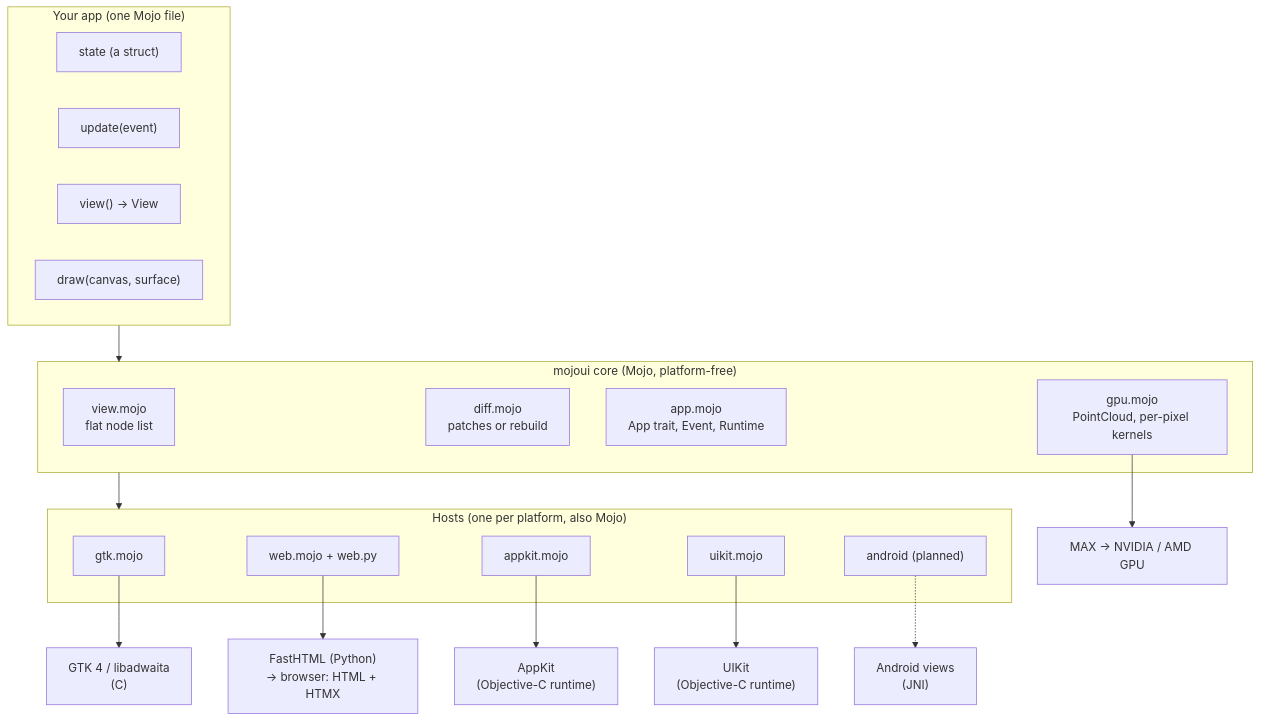
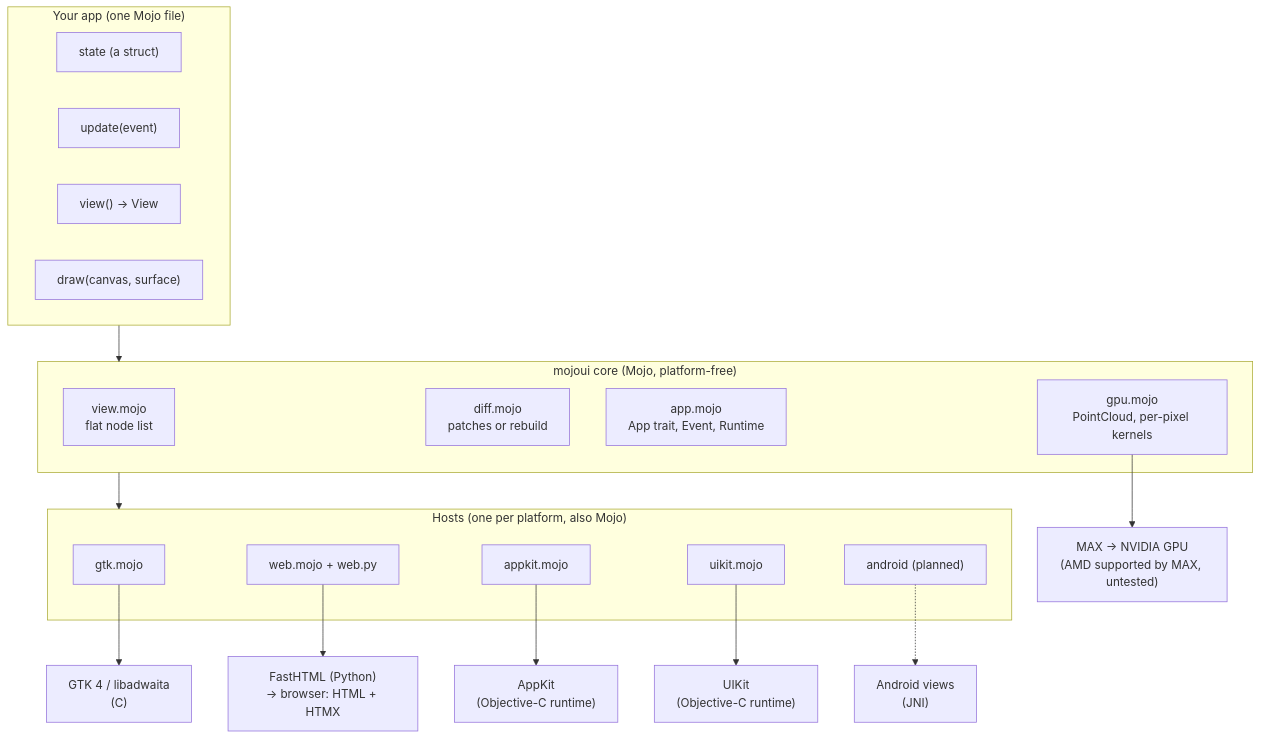
The first of 3 diagrams in docs/architecture.md (abhisheksreesaila/mxapp), drawn with Mermaid before and after one commit. The commit also changed other lines of this file and 4 other files, not shown here.

Commit message:
Docs review fixes: untested AMD and unrun Apple claims qualified, fair Rust/Figma/comparison wording, consistent timings, real canvas snippet, prerequisites; wizard checks Java and survives failures, no .env; Android approach recorded as approved

````diff
--- a/docs/architecture.md
+++ b/docs/architecture.md
@@ -7,30 +7,30 @@
 ```mermaid
 flowchart TB
     subgraph app["Your app (one Mojo file)"]
         S["state (a struct)"]
         U["update(event)"]
         V["view() → View"]
         D["draw(canvas, surface)"]
     end
     subgraph core["mojoui core (Mojo, platform-free)"]
         VT["view.mojo<br/>flat node list"]
         DF["diff.mojo<br/>patches or rebuild"]
         RT["app.mojo<br/>App trait, Event, Runtime"]
         GPU["gpu.mojo<br/>PointCloud, per-pixel kernels"]
     end
     subgraph hosts["Hosts (one per platform, also Mojo)"]
         GTK["gtk.mojo"]
         WEB["web.mojo + web.py"]
         AK["appkit.mojo"]
         UK["uikit.mojo"]
         AN["android (planned)"]
     end
     app --> core
     core --> hosts
     GTK --> L["GTK 4 / libadwaita<br/>(C)"]
     WEB --> P["FastHTML (Python)<br/>→ browser: HTML + HTMX"]
     AK --> AP["AppKit<br/>(Objective-C runtime)"]
     UK --> IP["UIKit<br/>(Objective-C runtime)"]
     AN -.-> JN["Android views<br/>(JNI)"]
-    GPU --> MAX["MAX → NVIDIA / AMD GPU"]
+    GPU --> MAX["MAX → NVIDIA GPU<br/>(AMD supported by MAX, untested)"]
 ```
````
